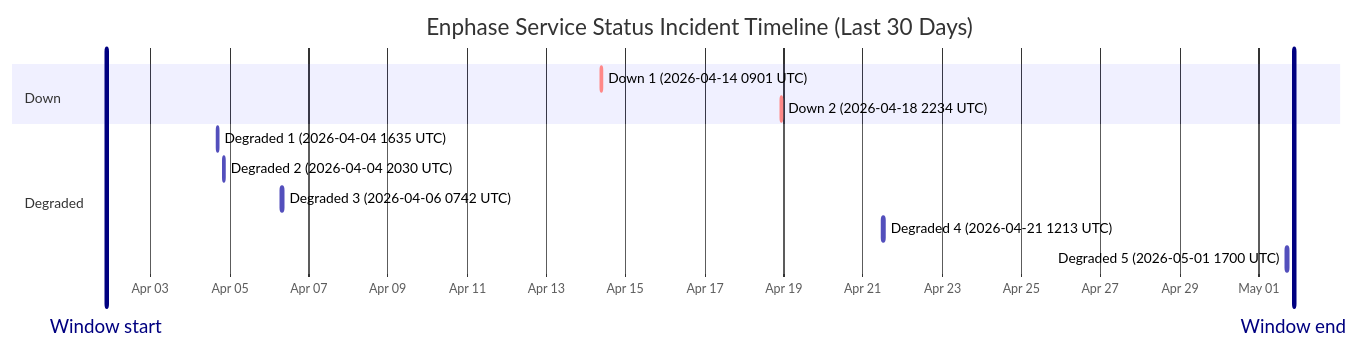
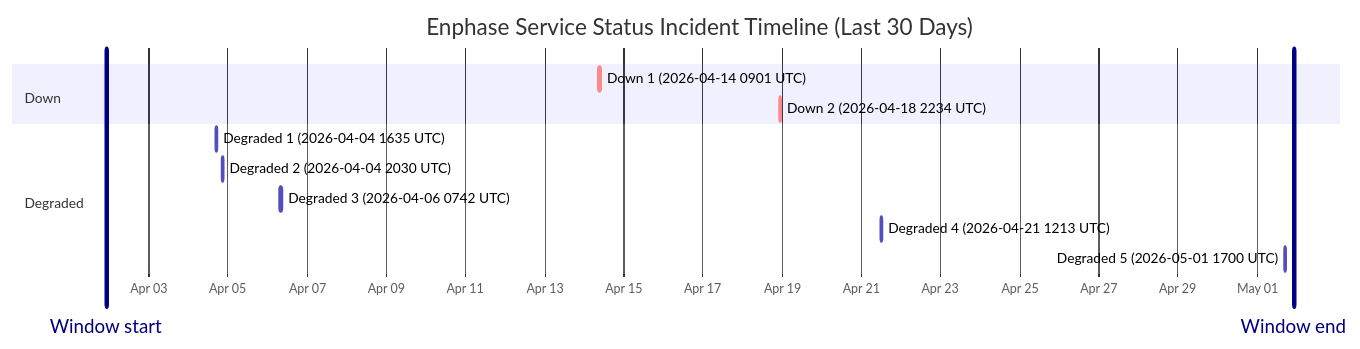
One commit to barneyonline/ha-enphase-ev-charger changed the diagram in wiki/Service-Status-History.md. Above: the diagram before and after it, drawn with Mermaid. The commit also changed other lines of this file and 3 other files, not shown here.

````diff
--- a/wiki/Service-Status-History.md
+++ b/wiki/Service-Status-History.md
@@ -14,17 +14,17 @@
 ```mermaid
 gantt
     title Enphase Service Status Incident Timeline (Last 30 Days)
     dateFormat  YYYY-MM-DDTHH:mm:ss
     axisFormat  %b %d
-    Window start :vert, window-start, 2026-04-01T21:13:53, 0ms
-    Window end :vert, window-end, 2026-05-01T21:13:53, 0ms
+    Window start :vert, window-start, 2026-04-01T22:11:30, 0ms
+    Window end :vert, window-end, 2026-05-01T22:11:30, 0ms
     section Down
     Down 1 (2026-04-14 0901 UTC) :crit, down-1, 2026-04-14T09:01:13, 60m
     Down 2 (2026-04-18 2234 UTC) :crit, down-2, 2026-04-18T22:34:13, 60m
     section Degraded
     Degraded 1 (2026-04-04 1635 UTC) :active, degraded-1, 2026-04-04T16:35:17, 60m
     Degraded 2 (2026-04-04 2030 UTC) :active, degraded-2, 2026-04-04T20:30:40, 60m
     Degraded 3 (2026-04-06 0742 UTC) :active, degraded-3, 2026-04-06T07:42:09, 85m
     Degraded 4 (2026-04-21 1213 UTC) :active, degraded-4, 2026-04-21T12:13:11, 60m
     Degraded 5 (2026-05-01 1700 UTC) :active, degraded-5, 2026-05-01T17:00:22, 60m
 ```
````
